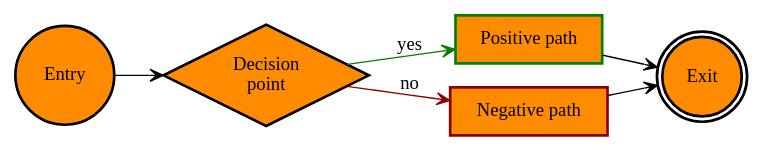
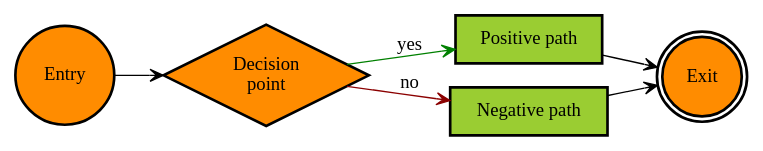
Before and after one commit to mariusz-schimke/GiGraph: the third of 8 diagrams in README.md, drawn with Graphviz. The commit also changed other lines of this file, not shown here.

````diff
--- a/README.md
+++ b/README.md
@@ -186,20 +182,25 @@
 ```dot
 digraph
 {
     rankdir = LR
 
     node [ shape = rectangle, style = "bold, filled", fillcolor = "#ff8c00ff" ]
     edge [ arrowhead = vee ]
 
+    {
+        node [ fillcolor = "#9acd32ff" ]
+
+        Option1 [ label = "Positive path" ]
+        Option2 [ label = "Negative path" ]
+    }
+
     Entry [ shape = circle ]
     Decision [ shape = diamond, label = "Decision\npoint" ]
-    Option1 [ color = "#008000ff", label = "Positive path" ]
-    Option2 [ color = "#8b0000ff", label = "Negative path" ]
     Exit [ shape = doublecircle ]
 
     Entry -> Decision
     Decision -> Option1 [ color = "#008000ff", label = yes ]
     Decision -> Option2 [ color = "#8b0000ff", label = no ]
     { Option1 Option2 } -> Exit
 }
 ```
````
